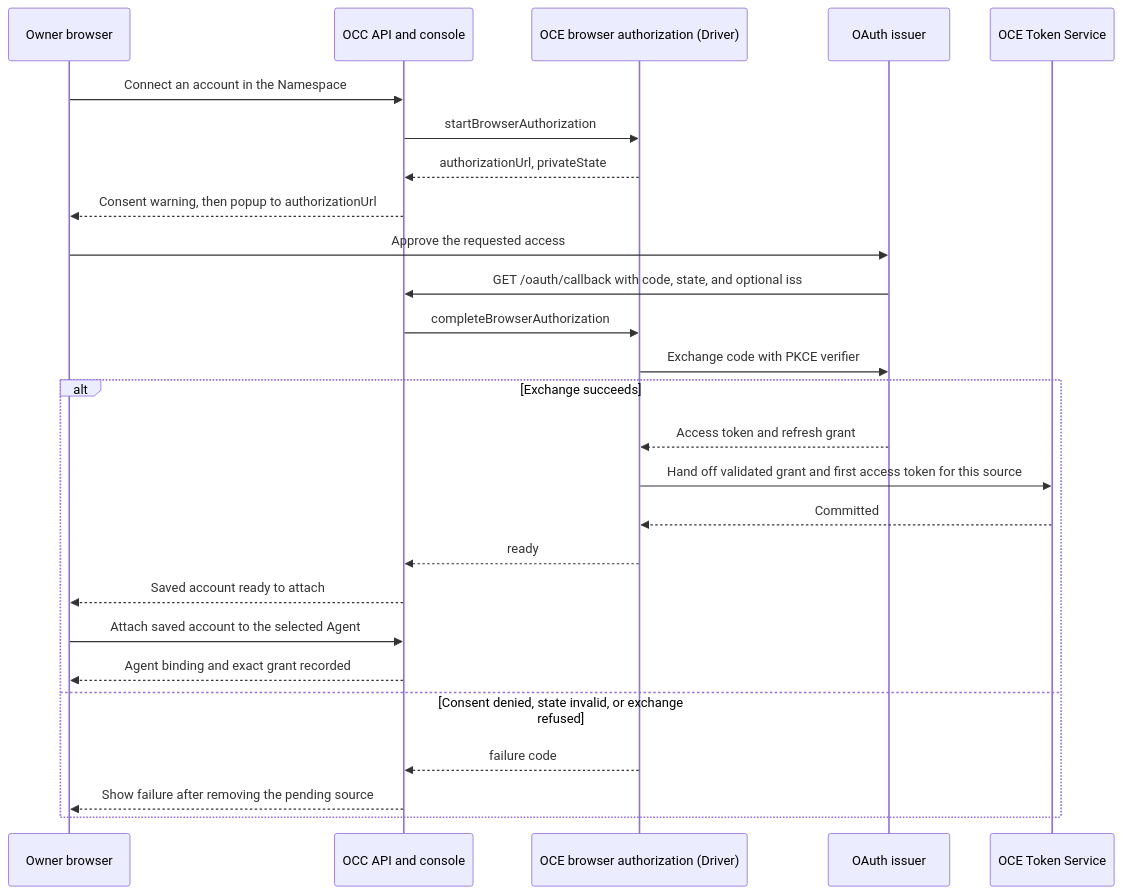
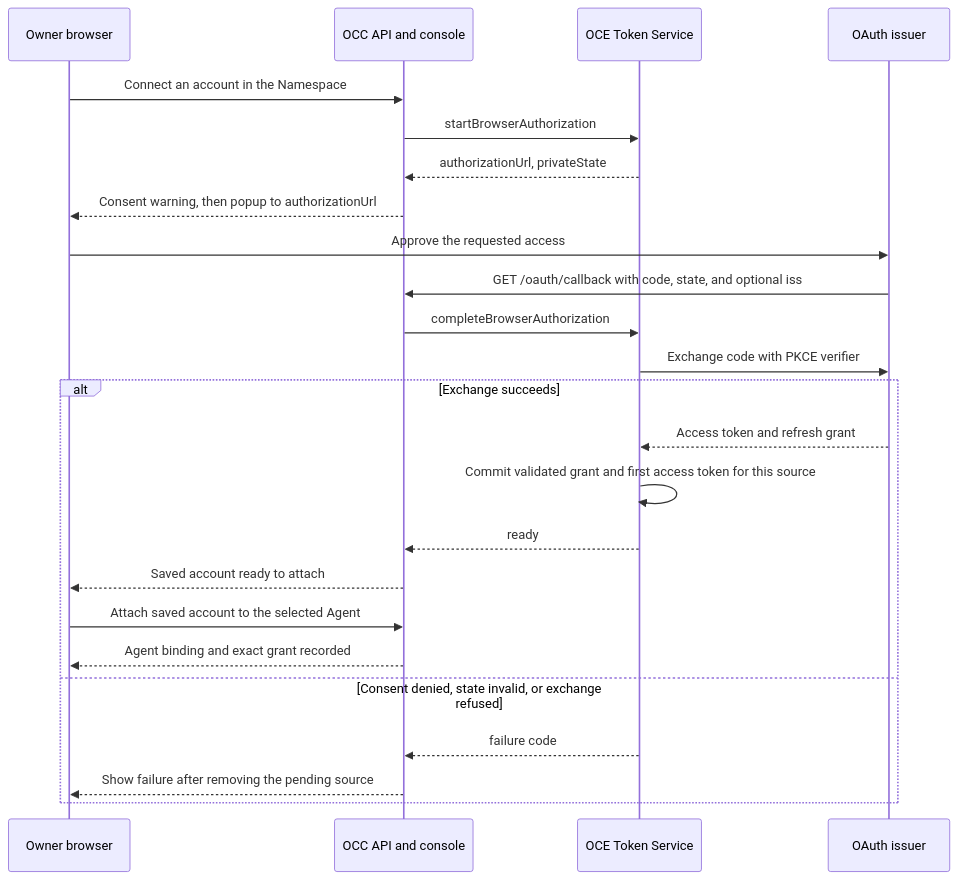
The diagram in specs/rfcs/0027-agent-oauth-connections/index.md (openclaw/openclaw-enterprise), drawn with Mermaid before and after one commit. The commit also changed other lines of this file and 4 other files, not shown here.

````diff
--- a/specs/rfcs/0027-agent-oauth-connections/index.md
+++ b/specs/rfcs/0027-agent-oauth-connections/index.md
@@ -228,28 +224,26 @@
 ```mermaid
 sequenceDiagram
   participant User as Owner browser
   participant API as OCC API and console
-  participant OAuth as OCE browser authorization (Driver)
+  participant Tokens as OCE Token Service
   participant Issuer as OAuth issuer
-  participant Tokens as OCE Token Service
   User->>API: Connect an account in the Namespace
-  API->>OAuth: startBrowserAuthorization
-  OAuth-->>API: authorizationUrl, privateState
+  API->>Tokens: startBrowserAuthorization
+  Tokens-->>API: authorizationUrl, privateState
   API-->>User: Consent warning, then popup to authorizationUrl
   User->>Issuer: Approve the requested access
   Issuer->>API: GET /oauth/callback with code, state, and optional iss
-  API->>OAuth: completeBrowserAuthorization
-  OAuth->>Issuer: Exchange code with PKCE verifier
+  API->>Tokens: completeBrowserAuthorization
+  Tokens->>Issuer: Exchange code with PKCE verifier
   alt Exchange succeeds
-    Issuer-->>OAuth: Access token and refresh grant
-    OAuth->>Tokens: Hand off validated grant and first access token for this source
-    Tokens-->>OAuth: Committed
-    OAuth-->>API: ready
+    Issuer-->>Tokens: Access token and refresh grant
+    Tokens->>Tokens: Commit validated grant and first access token for this source
+    Tokens-->>API: ready
     API-->>User: Saved account ready to attach
     User->>API: Attach saved account to the selected Agent
     API-->>User: Agent binding and exact grant recorded
   else Consent denied, state invalid, or exchange refused
-    OAuth-->>API: failure code
+    Tokens-->>API: failure code
     API-->>User: Show failure after removing the pending source
   end
 ```
````
